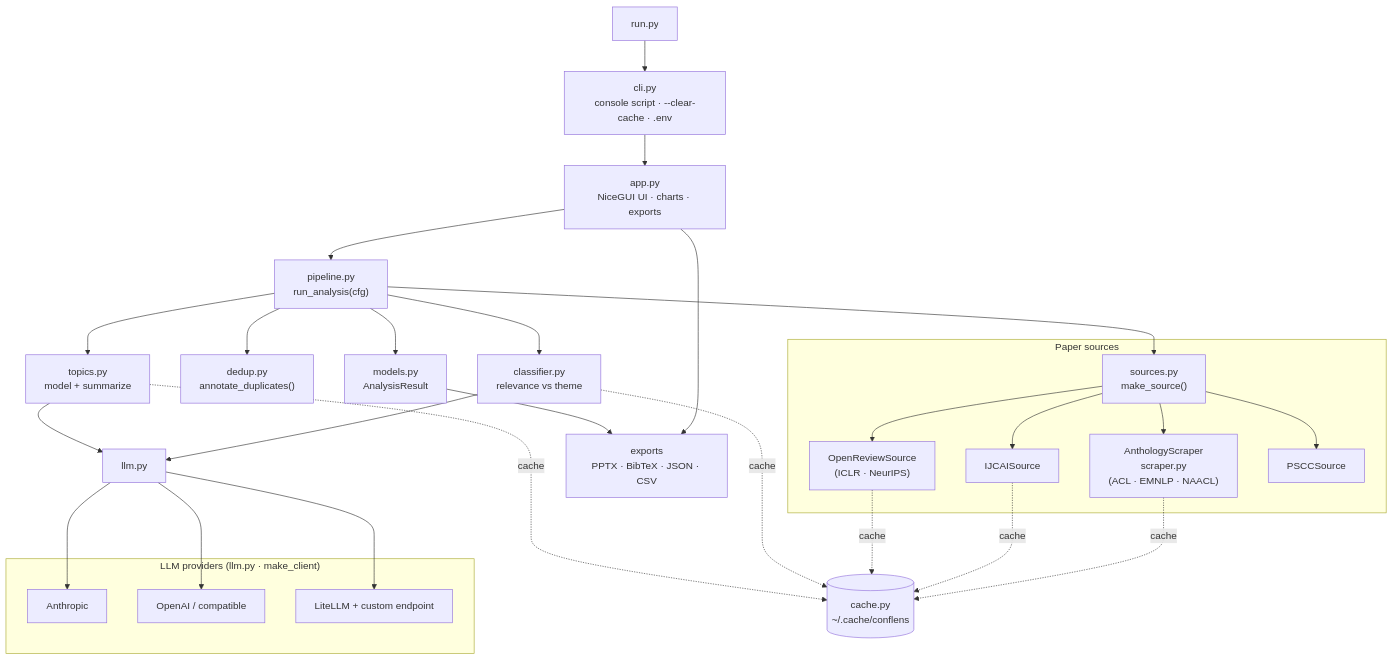
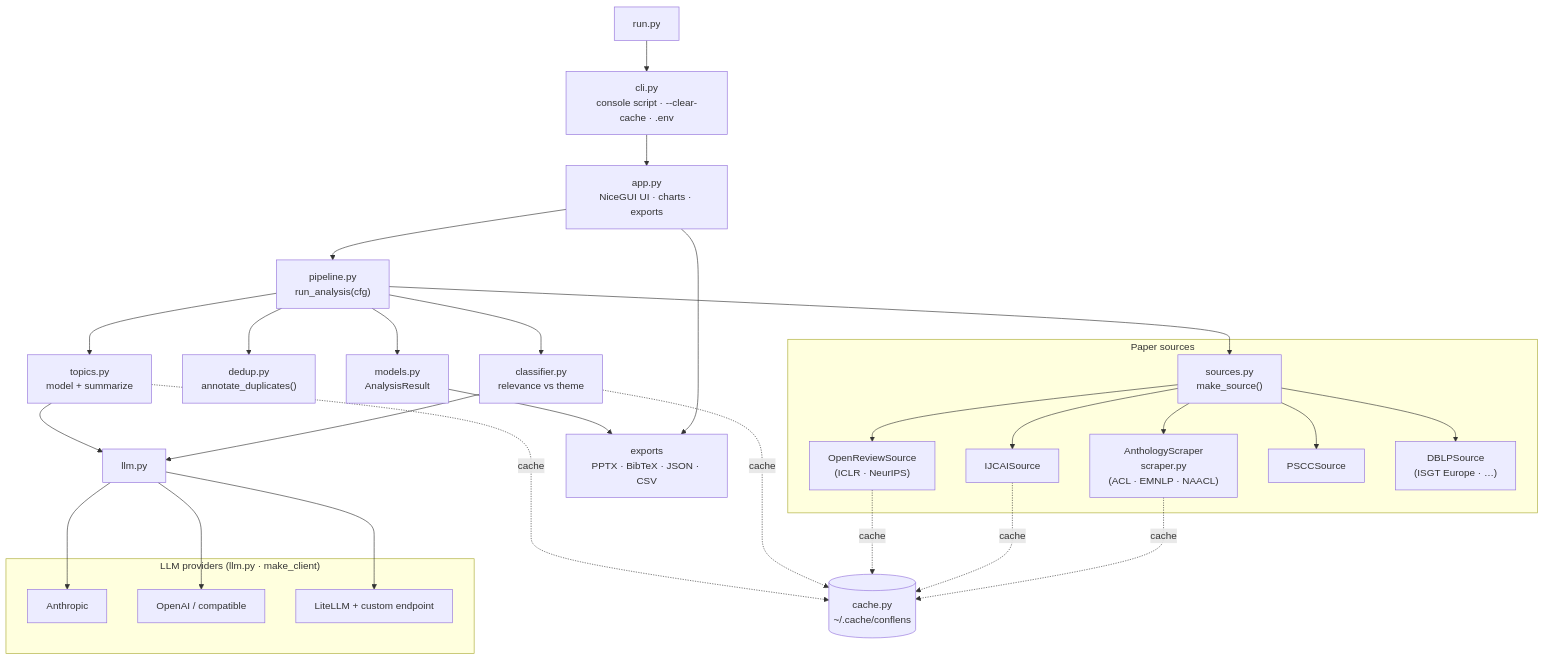
Before and after one commit to picaultj/conflens: the first of 4 diagrams in docs/ARCHITECTURE.md, drawn with Mermaid. The commit also changed other lines of this file and 5 other files, not shown here.

````diff
--- a/docs/ARCHITECTURE.md
+++ b/docs/ARCHITECTURE.md
@@ -10,38 +10,39 @@
 ```mermaid
 flowchart TB
     RUN["run.py"] --> CLI["cli.py<br/>console script · --clear-cache · .env"]
     CLI --> UI["app.py<br/>NiceGUI UI · charts · exports"]
     UI --> PIPE["pipeline.py<br/>run_analysis(cfg)"]
 
     PIPE --> REG["sources.py<br/>make_source()"]
     PIPE --> DUP["dedup.py<br/>annotate_duplicates()"]
     PIPE --> CLS["classifier.py<br/>relevance vs theme"]
     PIPE --> TOP["topics.py<br/>model + summarize"]
     PIPE --> RES["models.py<br/>AnalysisResult"]
 
     subgraph sources["Paper sources"]
       REG --> ACL["AnthologyScraper<br/>scraper.py<br/>(ACL · EMNLP · NAACL)"]
       REG --> IJ["IJCAISource"]
       REG --> OR["OpenReviewSource<br/>(ICLR · NeurIPS)"]
       REG --> PS["PSCCSource"]
+      REG --> DB["DBLPSource<br/>(ISGT Europe · …)"]
     end
 
     subgraph llm["LLM providers (llm.py · make_client)"]
       AN["Anthropic"]
       OA["OpenAI / compatible"]
       LL["LiteLLM + custom endpoint"]
     end
 
     CLS --> LLMHUB["llm.py"]
     TOP --> LLMHUB
     LLMHUB --> AN & OA & LL
 
     UI --> EXP["exports<br/>PPTX · BibTeX · JSON · CSV"]
     RES --> EXP
 
     ACL -. cache .-> CACHE[("cache.py<br/>~/.cache/conflens")]
     IJ -. cache .-> CACHE
     OR -. cache .-> CACHE
     CLS -. cache .-> CACHE
     TOP -. cache .-> CACHE
 ```
````
